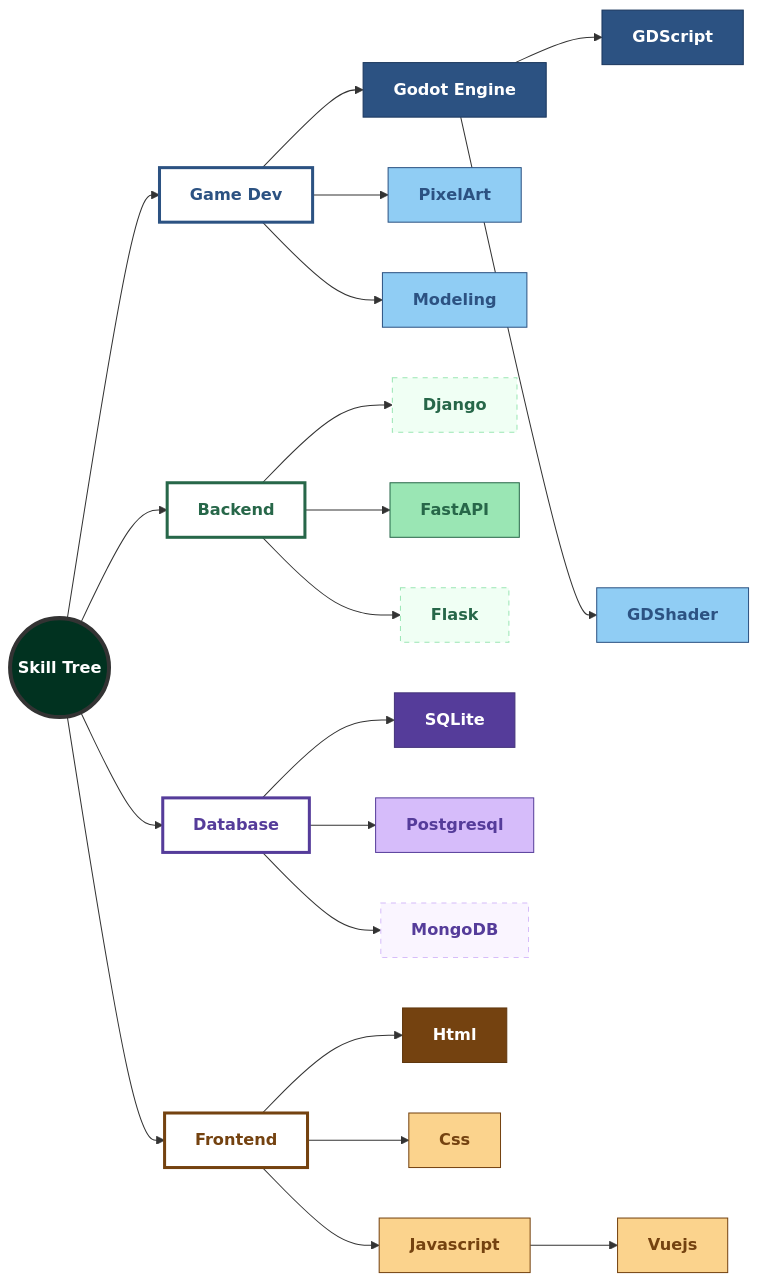
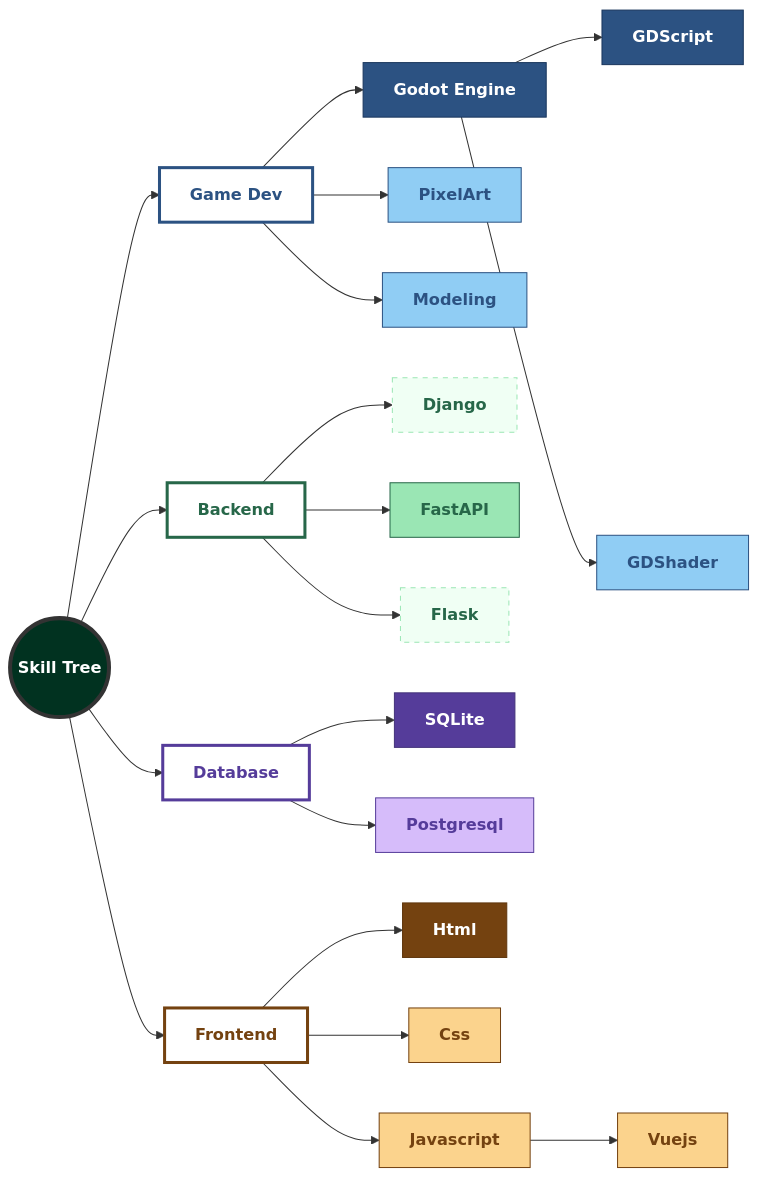
The diagram in README.md (tdbbbfps/tdbbbfps), drawn with Mermaid before and after one commit.

Commit message:
docs: found out postgresql is the best db

````diff
--- a/README.md
+++ b/README.md
@@ -18,60 +18,59 @@
 ```mermaid
 flowchart LR
     classDef root fill:#013220,color:#fff,stroke:#333,stroke-width:4px,font-weight:bold;
     
     %% Branch styles
     classDef g_root fill:#fff,color:#2C5282,stroke:#2C5282,stroke-width:3px,font-weight:bold;
     classDef b_root fill:#fff,color:#276749,stroke:#276749,stroke-width:3px,font-weight:bold;
     classDef f_root fill:#fff,color:#744210,stroke:#744210,stroke-width:3px,font-weight:bold;
     classDef d_root fill:#fff,color:#553C9A,stroke:#553C9A,stroke-width:3px,font-weight:bold;
 
     %% Game dev styles
     classDef g_master fill:#2C5282,color:#fff,stroke:#1A365D;
     classDef g_learning fill:#90CDF4,color:#2C5282,stroke:#2C5282;
     classDef g_planned fill:#EBF8FF,color:#2C5282,stroke:#90CDF4,stroke-dasharray: 5 5;
 
     %% Backend styles
     classDef b_master fill:#276749,color:#fff,stroke:#1C4532;
     classDef b_learning fill:#9AE6B4,color:#276749,stroke:#276749;
     classDef b_planned fill:#F0FFF4,color:#276749,stroke:#9AE6B4,stroke-dasharray: 5 5;
 
     %% Frontend styles
     classDef f_master fill:#744210,color:#fff,stroke:#5F370E;
     classDef f_learning fill:#FBD38D,color:#744210,stroke:#744210;
     classDef f_planned fill:#FFFAF0,color:#744210,stroke:#FBD38D,stroke-dasharray: 5 5;
 
     %% Database styles
     classDef d_master fill:#553C9A,color:#fff,stroke:#44337A;
     classDef d_learning fill:#D6BCFA,color:#553C9A,stroke:#553C9A;
     classDef d_planned fill:#FAF5FF,color:#553C9A,stroke:#D6BCFA,stroke-dasharray: 5 5;
 
     %% Skill tree
     Root((Skill Tree)):::root
 
     %% Game dev branch
     Root --> GameDev[Game Dev]:::g_root
     GameDev --> Godot[Godot Engine]:::g_master
     Godot --> GDScript[GDScript]:::g_master
     Godot --> GDShader[GDShader]:::g_learning
     GameDev --> PixelArt[PixelArt]:::g_learning
     GameDev --> Modeling[Modeling]:::g_learning
 
     %% Backend branch
     Root --> Backend[Backend]:::b_root
     Backend --> Django[Django]:::b_planned
     Backend --> FastAPI[FastAPI]:::b_learning
     Backend --> Flask[Flask]:::b_planned
 
     %% Database branch
     Root --> Database[Database]:::d_root
     Database --> SQLite[SQLite]:::d_master
     Database --> Postgresql[Postgresql]:::d_learning
-    Database --> MongoDB[MongoDB]:::d_planned
     
     %% Frontend branch
     Root --> Frontend[Frontend]:::f_root
     Frontend --> Html[Html]:::f_master
     Frontend --> Css[Css]:::f_learning
     Frontend --> Javascript[Javascript]:::f_learning
     Javascript --> Vuejs[Vuejs]:::f_learning
 ```
````
